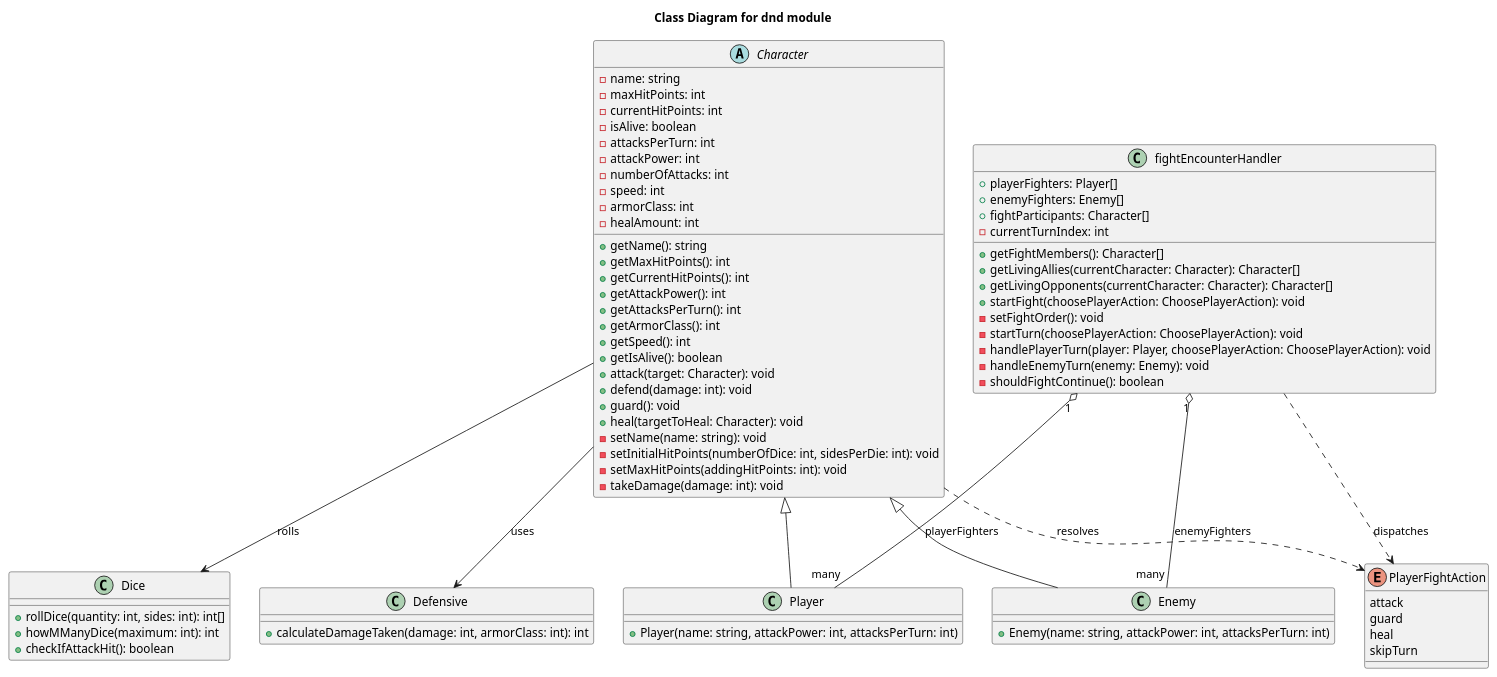
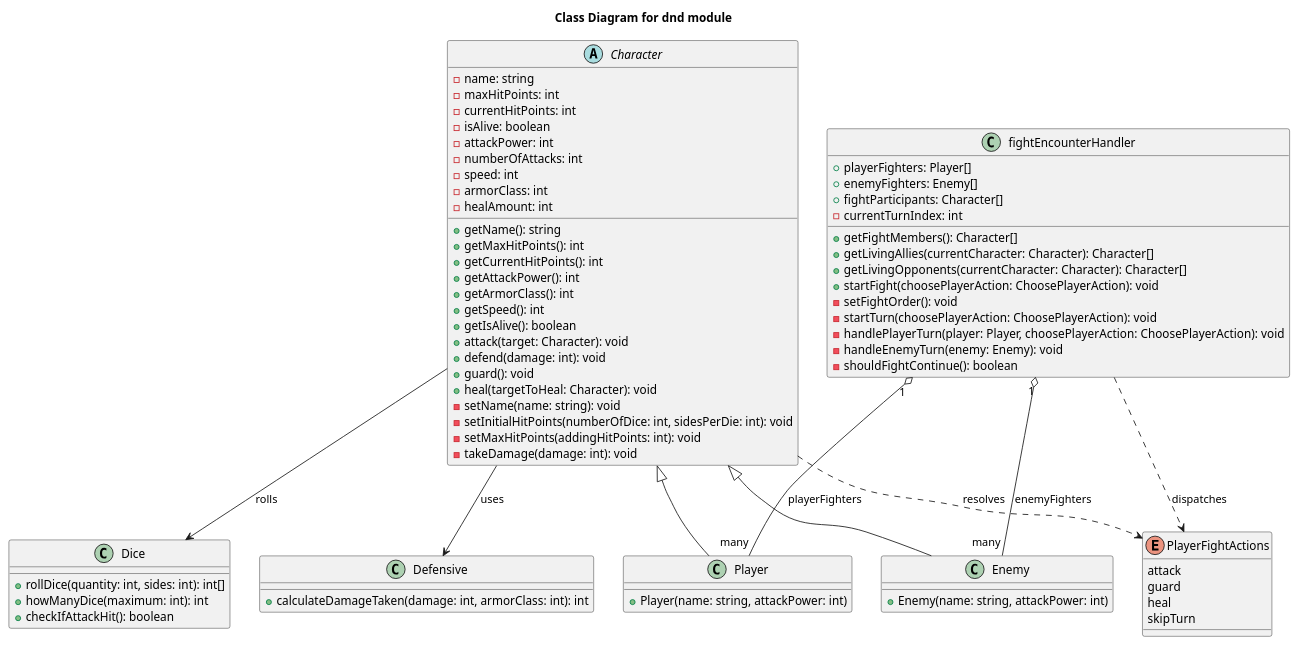
The diagram in diagrams/classDiagram.puml (MrNegnar/DnDModule), drawn with PlantUML before and after one commit. The commit also changed 7 other files, not shown here.

Commit message:
took away attacksPerTrun, its not ready

```diff
--- a/diagrams/classDiagram.puml
+++ b/diagrams/classDiagram.puml
@@ -1,81 +1,79 @@
 @startuml classDiagram
 Title Class Diagram for dnd module
 
 class Dice {
   +rollDice(quantity: int, sides: int): int[]
-  +howMManyDice(maximum: int): int
+  +howManyDice(maximum: int): int
   +checkIfAttackHit(): boolean
 }
 
 class Defensive {
   +calculateDamageTaken(damage: int, armorClass: int): int
 }
 
 abstract class Character {
   -name: string
   -maxHitPoints: int
   -currentHitPoints: int
   -isAlive: boolean
-  -attacksPerTurn: int
   -attackPower: int
   -numberOfAttacks: int
   -speed: int
   -armorClass: int
   -healAmount: int
   +getName(): string
   +getMaxHitPoints(): int
   +getCurrentHitPoints(): int
   +getAttackPower(): int
-  +getAttacksPerTurn(): int
   +getArmorClass(): int
   +getSpeed(): int
   +getIsAlive(): boolean
   +attack(target: Character): void
   +defend(damage: int): void
   +guard(): void
   +heal(targetToHeal: Character): void
   -setName(name: string): void
   -setInitialHitPoints(numberOfDice: int, sidesPerDie: int): void
   -setMaxHitPoints(addingHitPoints: int): void
   -takeDamage(damage: int): void
 }
 
 class Player extends Character {
-  +Player(name: string, attackPower: int, attacksPerTurn: int)
+  +Player(name: string, attackPower: int)
 }
 
 class Enemy extends Character {
-  +Enemy(name: string, attackPower: int, attacksPerTurn: int)
+  +Enemy(name: string, attackPower: int)
 }
 
-enum PlayerFightAction {
+enum PlayerFightActions {
   attack
   guard
   heal
   skipTurn
 }
 
 class fightEncounterHandler {
   +playerFighters: Player[]
   +enemyFighters: Enemy[]
   +fightParticipants: Character[]
   -currentTurnIndex: int
   +getFightMembers(): Character[]
   +getLivingAllies(currentCharacter: Character): Character[]
   +getLivingOpponents(currentCharacter: Character): Character[]
   +startFight(choosePlayerAction: ChoosePlayerAction): void
   -setFightOrder(): void
   -startTurn(choosePlayerAction: ChoosePlayerAction): void
   -handlePlayerTurn(player: Player, choosePlayerAction: ChoosePlayerAction): void
   -handleEnemyTurn(enemy: Enemy): void
   -shouldFightContinue(): boolean
 }
 
 Character --> Dice : rolls
 Character --> Defensive : uses
-Character ..> PlayerFightAction : resolves
+Character ..> PlayerFightActions : resolves
 fightEncounterHandler "1" o-- "many" Player : playerFighters
 fightEncounterHandler "1" o-- "many" Enemy : enemyFighters
-fightEncounterHandler ..> PlayerFightAction : dispatches
+fightEncounterHandler ..> PlayerFightActions : dispatches
 
 @enduml
```
